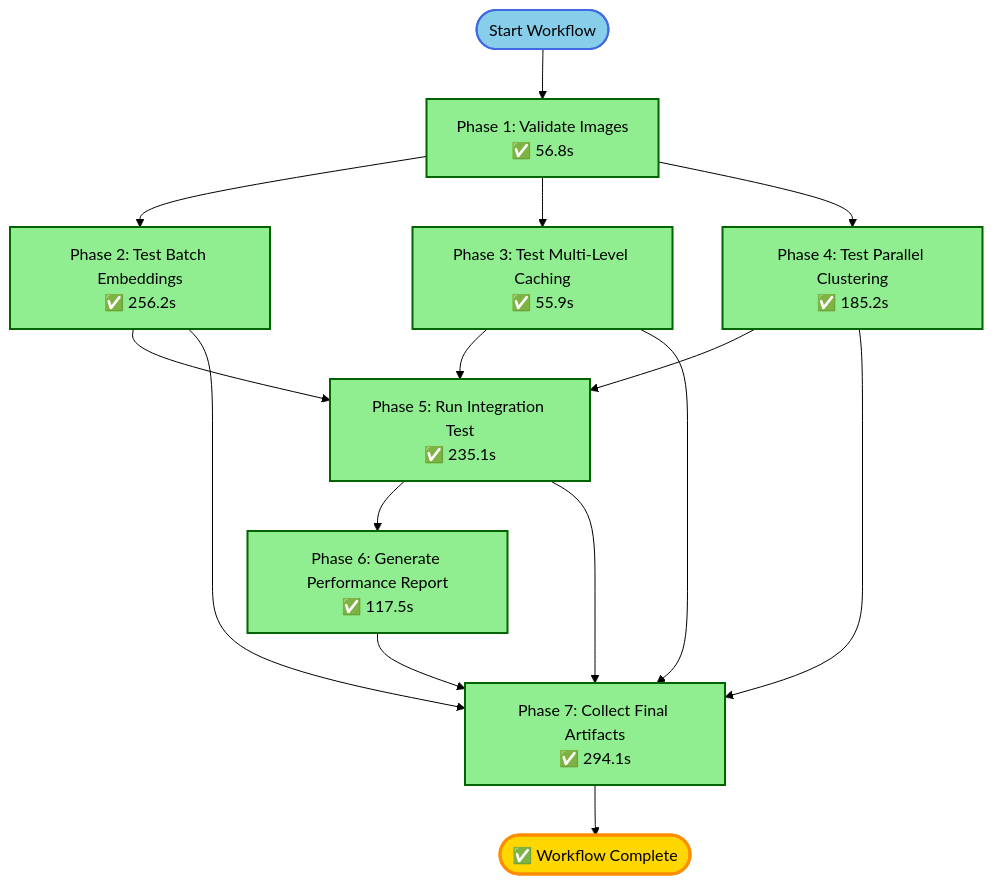
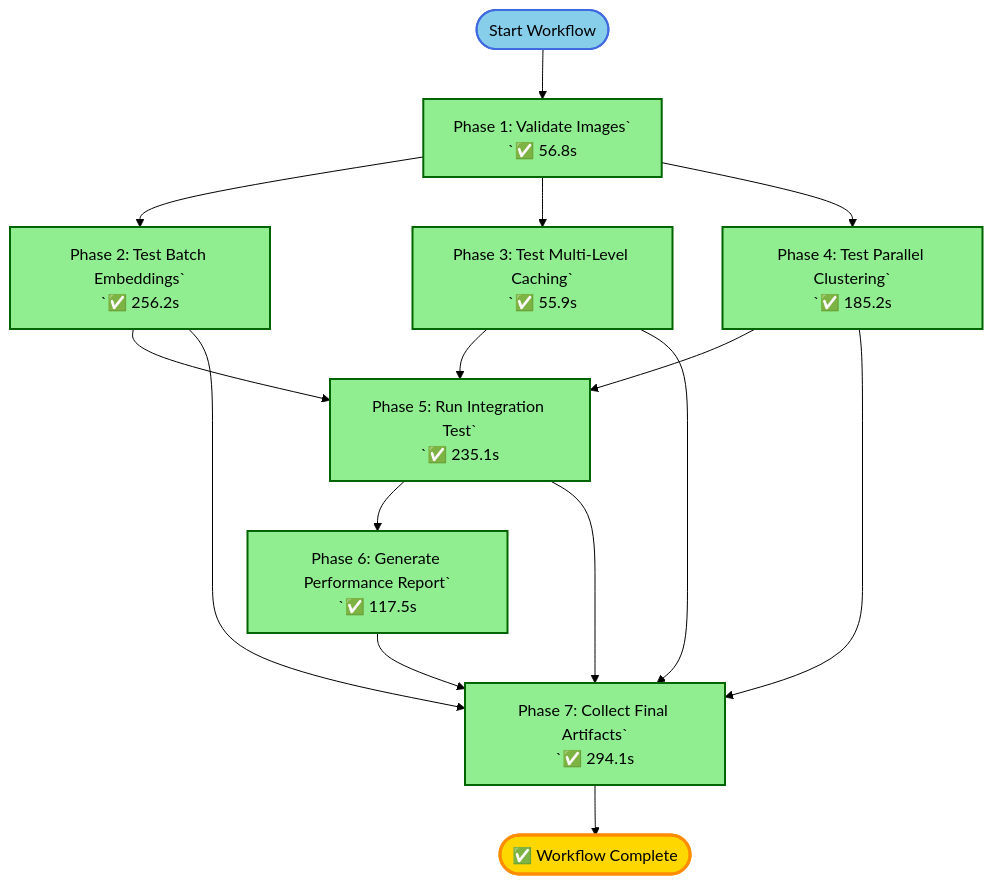
One commit to hringekjan/bg-remover changed the first of 2 diagrams in artifacts/WORKFLOW-EXECUTION-DIAGRAM.md. Above: the diagram before and after it, drawn with Mermaid (forest theme). The commit also changed other lines of this file and 207 other files, not shown here.

````diff
--- a/artifacts/WORKFLOW-EXECUTION-DIAGRAM.md
+++ b/artifacts/WORKFLOW-EXECUTION-DIAGRAM.md
@@ -6,32 +6,32 @@
 ```mermaid
 graph TD
-    Start([Start Workflow]) --> Phase1[Phase 1: Validate Images<br/>✅ 56.8s]
+    Start([Start Workflow]) --> Phase1[Phase 1: Validate Images`<br/>`✅ 56.8s]
 
-    Phase1 --> Phase2[Phase 2: Test Batch Embeddings<br/>✅ 256.2s]
-    Phase1 --> Phase3[Phase 3: Test Multi-Level Caching<br/>✅ 55.9s]
-    Phase1 --> Phase4[Phase 4: Test Parallel Clustering<br/>✅ 185.2s]
+    Phase1 --> Phase2[Phase 2: Test Batch Embeddings`<br/>`✅ 256.2s]
+    Phase1 --> Phase3[Phase 3: Test Multi-Level Caching`<br/>`✅ 55.9s]
+    Phase1 --> Phase4[Phase 4: Test Parallel Clustering`<br/>`✅ 185.2s]
 
-    Phase2 --> Phase5[Phase 5: Run Integration Test<br/>✅ 235.1s]
+    Phase2 --> Phase5[Phase 5: Run Integration Test`<br/>`✅ 235.1s]
     Phase3 --> Phase5
     Phase4 --> Phase5
 
-    Phase5 --> Phase6[Phase 6: Generate Performance Report<br/>✅ 117.5s]
+    Phase5 --> Phase6[Phase 6: Generate Performance Report`<br/>`✅ 117.5s]
 
-    Phase2 --> Phase7[Phase 7: Collect Final Artifacts<br/>✅ 294.1s]
+    Phase2 --> Phase7[Phase 7: Collect Final Artifacts`<br/>`✅ 294.1s]
     Phase3 --> Phase7
     Phase4 --> Phase7
     Phase5 --> Phase7
     Phase6 --> Phase7
 
     Phase7 --> End([✅ Workflow Complete])
 
     style Phase1 fill:#90EE90,stroke:#006400,stroke-width:2px
     style Phase2 fill:#90EE90,stroke:#006400,stroke-width:2px
     style Phase3 fill:#90EE90,stroke:#006400,stroke-width:2px
     style Phase4 fill:#90EE90,stroke:#006400,stroke-width:2px
     style Phase5 fill:#90EE90,stroke:#006400,stroke-width:2px
     style Phase6 fill:#90EE90,stroke:#006400,stroke-width:2px
     style Phase7 fill:#90EE90,stroke:#006400,stroke-width:2px
     style Start fill:#87CEEB,stroke:#4169E1,stroke-width:2px
     style End fill:#FFD700,stroke:#FF8C00,stroke-width:3px
 ```
````
